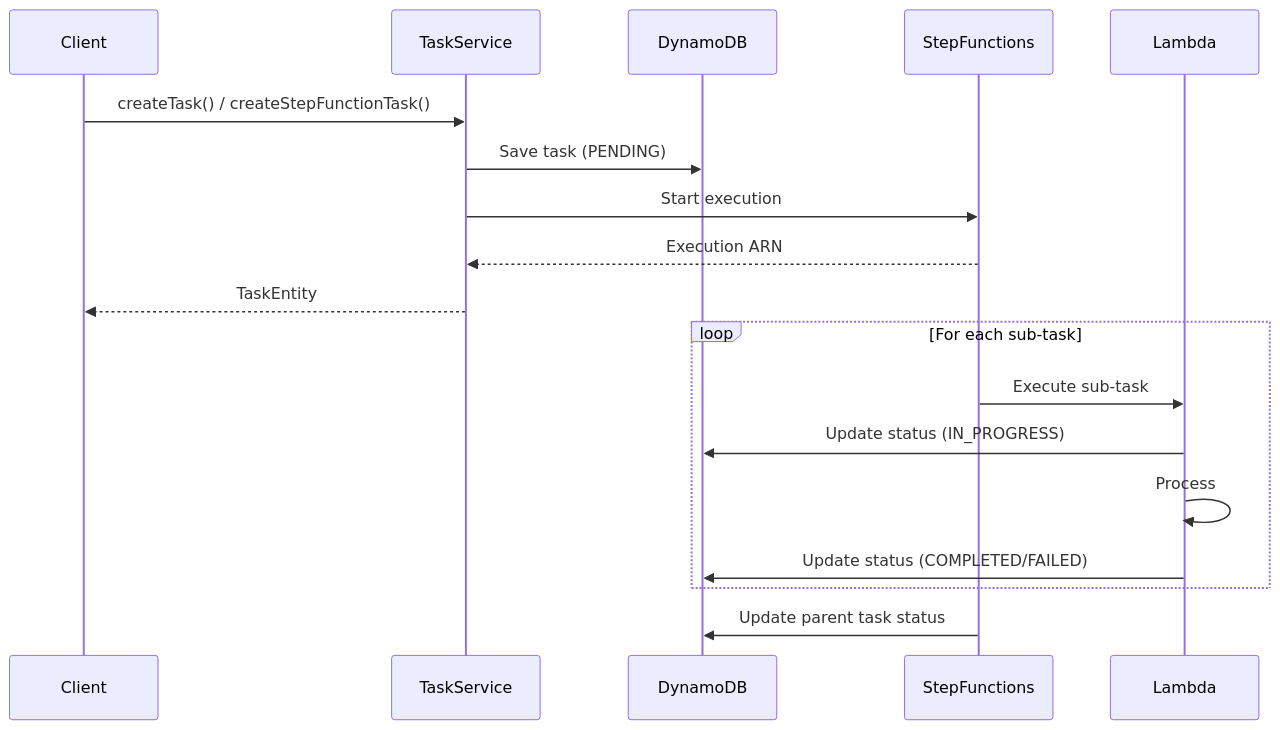
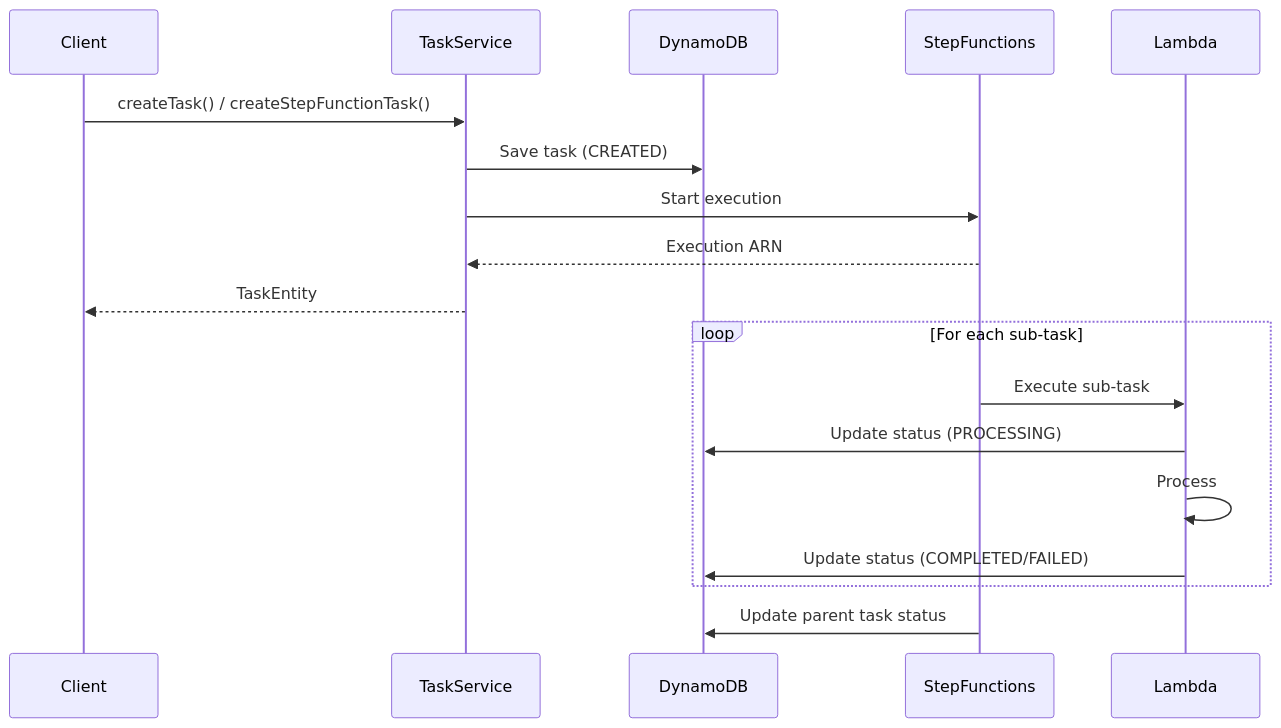
The diagram in docs/tasks.md (mbc-net/mbc-cqrs-serverless-doc), drawn with Mermaid before and after one commit. The commit also changed 13 other files, not shown here.

````diff
--- a/docs/tasks.md
+++ b/docs/tasks.md
@@ -18,23 +18,23 @@
 ```mermaid
 sequenceDiagram
     participant Client
     participant TaskService
     participant DynamoDB
     participant StepFunctions
     participant Lambda
 
     Client->>TaskService: createTask() / createStepFunctionTask()
-    TaskService->>DynamoDB: Save task (PENDING)
+    TaskService->>DynamoDB: Save task (CREATED)
     TaskService->>StepFunctions: Start execution
     StepFunctions-->>TaskService: Execution ARN
     TaskService-->>Client: TaskEntity
 
     loop For each sub-task
         StepFunctions->>Lambda: Execute sub-task
-        Lambda->>DynamoDB: Update status (IN_PROGRESS)
+        Lambda->>DynamoDB: Update status (PROCESSING)
         Lambda->>Lambda: Process
         Lambda->>DynamoDB: Update status (COMPLETED/FAILED)
     end
 
     StepFunctions->>DynamoDB: Update parent task status
 ```
````
